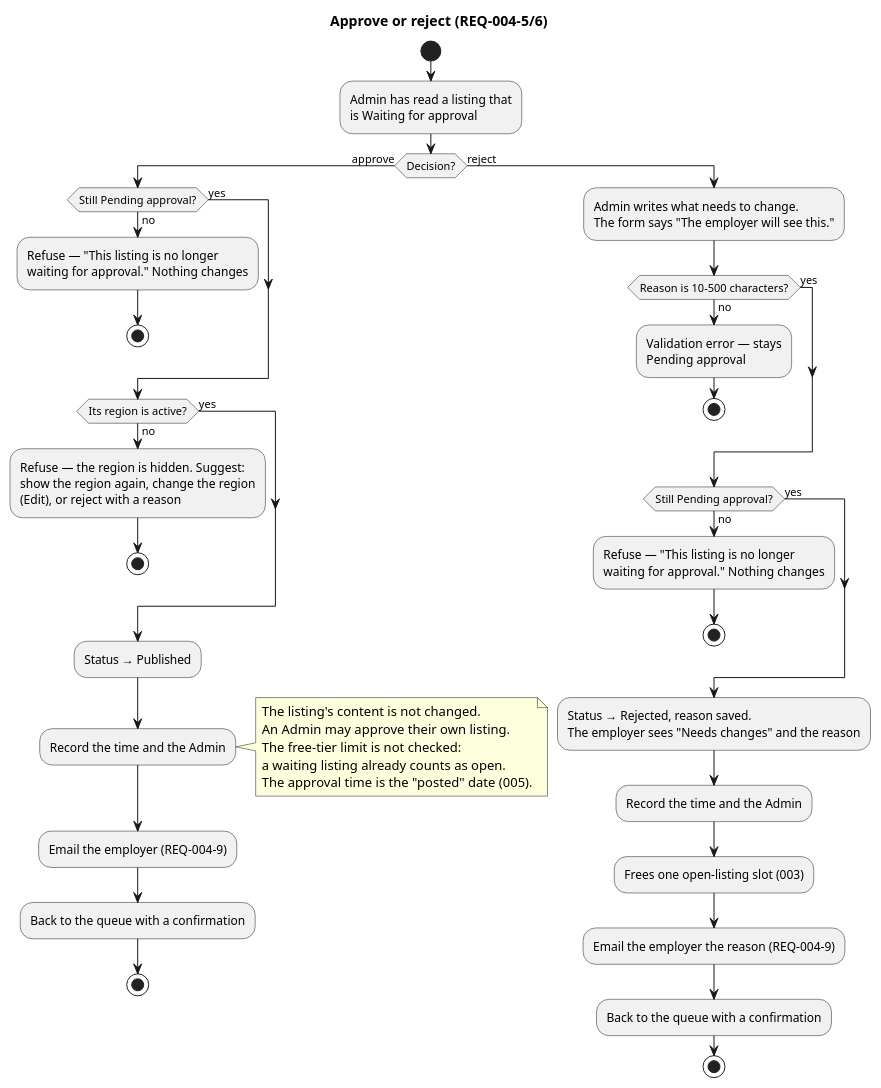
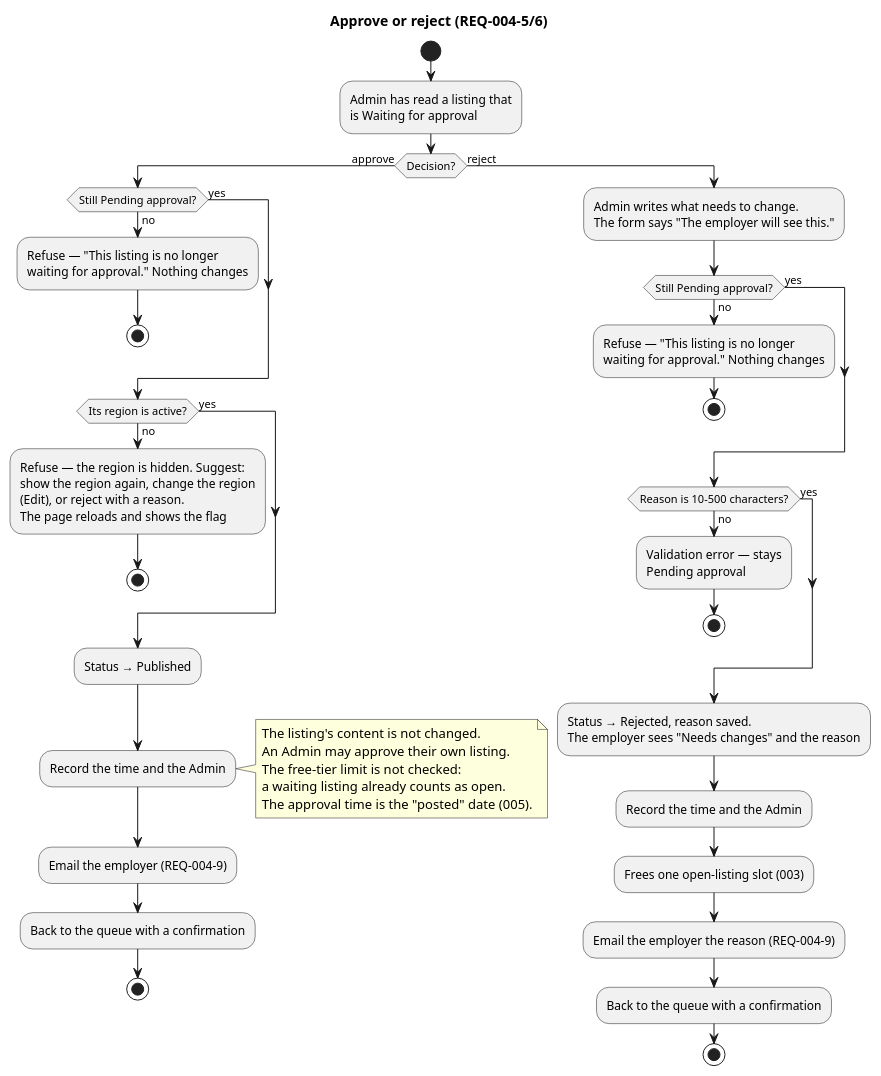
The diagram in docs/specs/004-listings-admin-moderation/diagrams/activity-approve-or-reject.puml (raseniero/jairojobs-elixir), drawn with PlantUML before and after one commit. The commit also changed 23 other files, not shown here.

Commit message:
docs(spec 004): architecture and earlier specs brought in line

```diff
--- a/docs/specs/004-listings-admin-moderation/diagrams/activity-approve-or-reject.puml
+++ b/docs/specs/004-listings-admin-moderation/diagrams/activity-approve-or-reject.puml
@@ -1,57 +1,58 @@
 @startuml activity-approve-or-reject
 ' Spec 004 — approving and rejecting a waiting listing (REQ-004-5, -6)
 title Approve or reject (REQ-004-5/6)
 
 start
 :Admin has read a listing that
 is Waiting for approval;
 if (Decision?) then (approve)
   if (Still Pending approval?) then (no)
     :Refuse — "This listing is no longer
     waiting for approval." Nothing changes;
     stop
   else (yes)
   endif
   if (Its region is active?) then (no)
     :Refuse — the region is hidden. Suggest:
     show the region again, change the region
-    (Edit), or reject with a reason;
+    (Edit), or reject with a reason.
+    The page reloads and shows the flag;
     stop
   else (yes)
   endif
   :Status → Published;
   :Record the time and the Admin;
   note right
     The listing's content is not changed.
     An Admin may approve their own listing.
     The free-tier limit is not checked:
     a waiting listing already counts as open.
     The approval time is the "posted" date (005).
   end note
   :Email the employer (REQ-004-9);
   :Back to the queue with a confirmation;
   stop
 else (reject)
   :Admin writes what needs to change.
   The form says "The employer will see this.";
+  if (Still Pending approval?) then (no)
+    :Refuse — "This listing is no longer
+    waiting for approval." Nothing changes;
+    stop
+  else (yes)
+  endif
   if (Reason is 10–500 characters?) then (no)
     :Validation error — stays
     Pending approval;
-    stop
-  else (yes)
-  endif
-  if (Still Pending approval?) then (no)
-    :Refuse — "This listing is no longer
-    waiting for approval." Nothing changes;
     stop
   else (yes)
   endif
   :Status → Rejected, reason saved.
   The employer sees "Needs changes" and the reason;
   :Record the time and the Admin;
   :Frees one open-listing slot (003);
   :Email the employer the reason (REQ-004-9);
   :Back to the queue with a confirmation;
   stop
 endif
 @enduml
```
